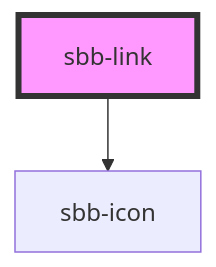
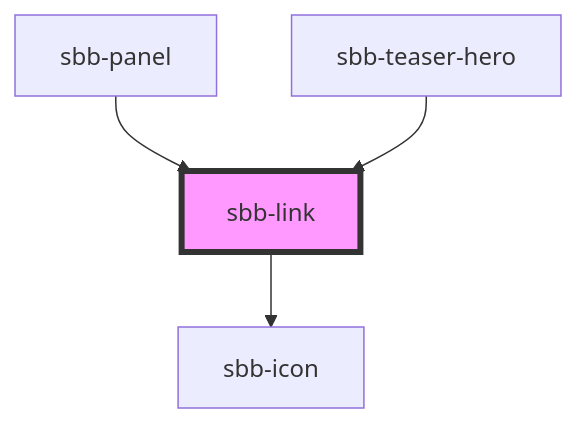
Before and after one commit to sbb-design-systems/lyne-components: the diagram in src/components/sbb-link/readme.md, drawn with Mermaid. The commit also changed other lines of this file and 10 other files, not shown here.

Commit message:
feat: restructur teaser-hero

````diff
--- a/src/components/sbb-link/readme.md
+++ b/src/components/sbb-link/readme.md
@@ -56,5 +61,7 @@
 ```mermaid
 graph TD;
   sbb-link --> sbb-icon
+  sbb-panel --> sbb-link
+  sbb-teaser-hero --> sbb-link
   style sbb-link fill:#f9f,stroke:#333,stroke-width:4px
 ```
````
